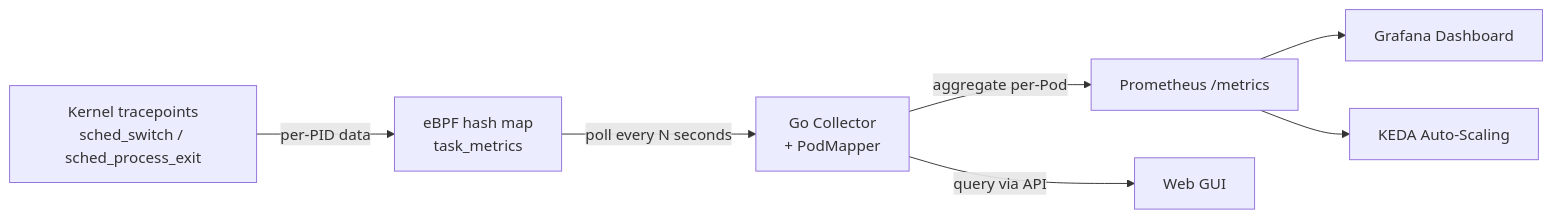
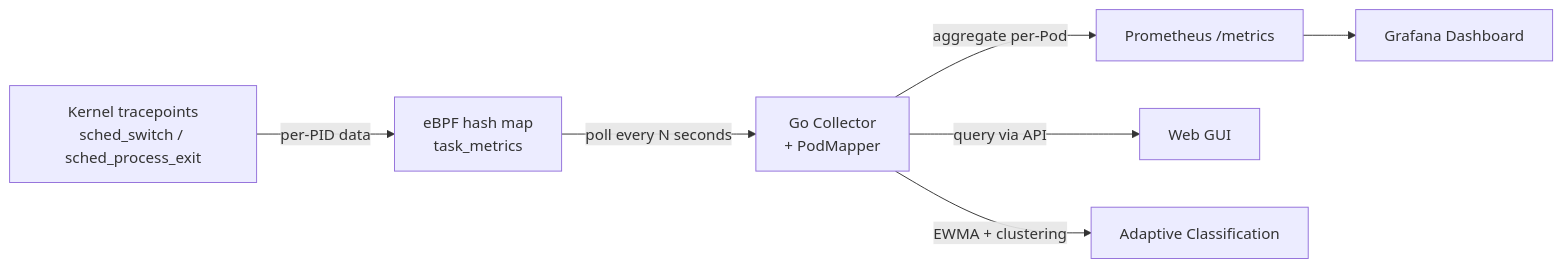
Before and after one commit to Gthulhu/docs: the diagram in docs/pod-metrics.md, drawn with Mermaid. The commit also changed other lines of this file and 5 other files, not shown here.

````diff
--- a/docs/pod-metrics.md
+++ b/docs/pod-metrics.md
@@ -11,9 +11,9 @@
 ```mermaid
 graph LR
     A[Kernel tracepoints<br/>sched_switch / sched_process_exit] -->|per-PID data| B[eBPF hash map<br/>task_metrics]
     B -->|poll every N seconds| C[Go Collector<br/>+ PodMapper]
     C -->|aggregate per-Pod| D[Prometheus /metrics]
     D --> E[Grafana Dashboard]
-    D --> F[KEDA Auto-Scaling]
-    C -->|query via API| G[Web GUI]
+    C -->|query via API| F[Web GUI]
+    C -->|EWMA + clustering| G[Adaptive Classification]
 ```
````
